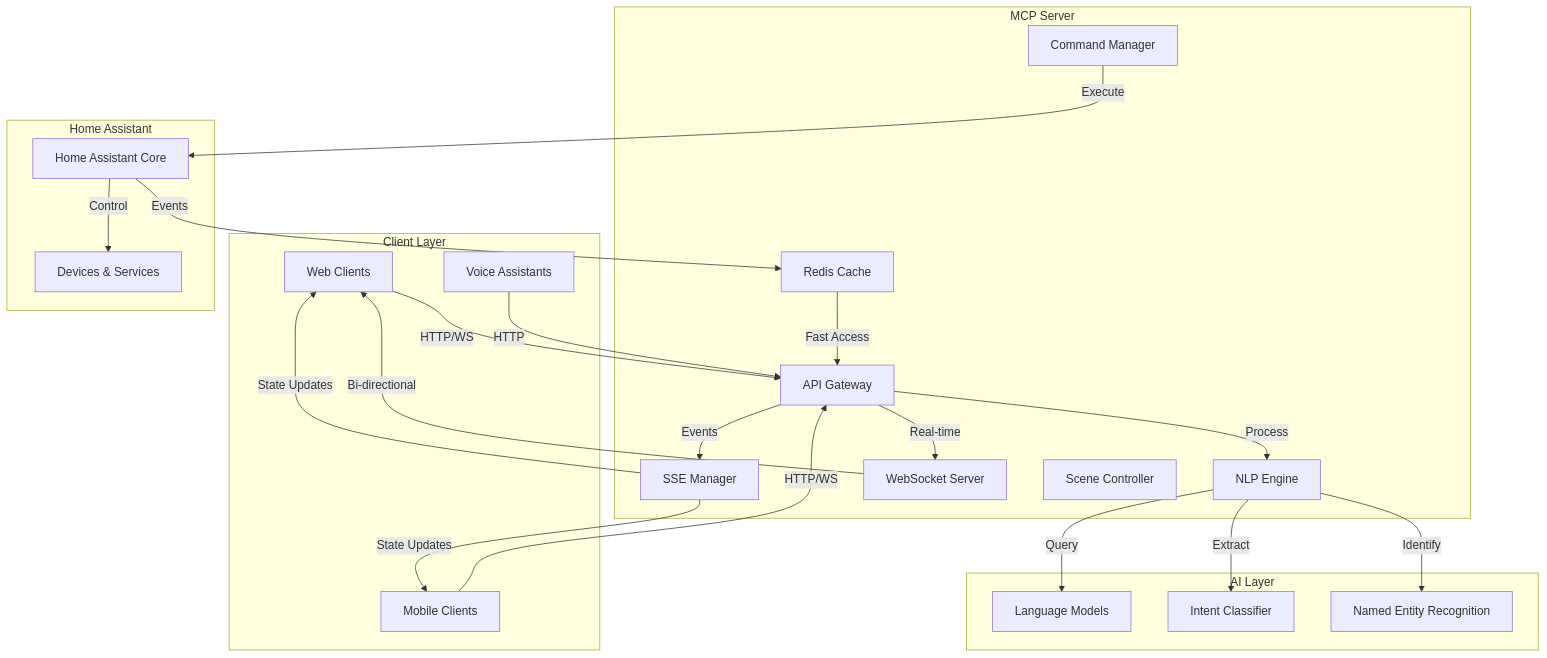
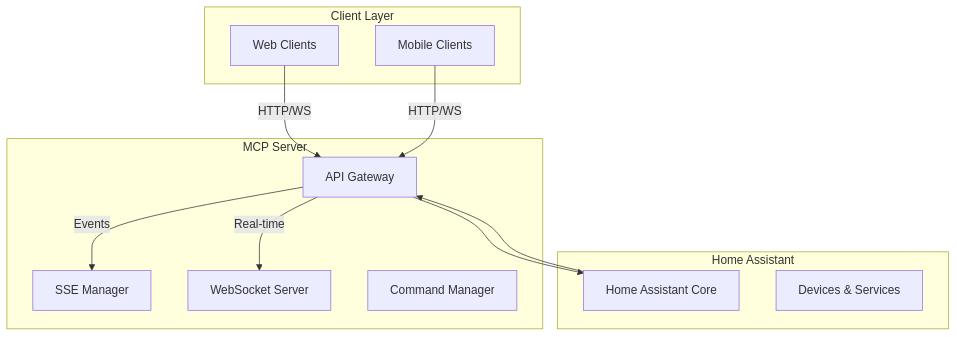
The diagram in docs/architecture.md (lpgn/advanced-homeassistant-mcp), drawn with Mermaid before and after one commit. The commit also changed other lines of this file and 9 other files, not shown here.

````diff
--- a/docs/architecture.md
+++ b/docs/architecture.md
@@ -13,51 +13,28 @@
 ```mermaid
 graph TD
     subgraph "Client Layer"
         WC[Web Clients]
         MC[Mobile Clients]
-        VC[Voice Assistants]
     end
 
     subgraph "MCP Server"
         API[API Gateway]
-        NLP[NLP Engine]
         SSE[SSE Manager]
         WS[WebSocket Server]
         CM[Command Manager]
-        SC[Scene Controller]
-        Cache[Redis Cache]
     end
 
     subgraph "Home Assistant"
         HA[Home Assistant Core]
         Dev[Devices & Services]
     end
 
-    subgraph "AI Layer"
-        LLM[Language Models]
-        IC[Intent Classifier]
-        NER[Named Entity Recognition]
-    end
-
     WC --> |HTTP/WS| API
     MC --> |HTTP/WS| API
-    VC --> |HTTP| API
     
     API --> |Events| SSE
     API --> |Real-time| WS
-    API --> |Process| NLP
     
-    NLP --> |Query| LLM
-    NLP --> |Extract| IC
-    NLP --> |Identify| NER
-    
-    CM --> |Execute| HA
-    HA --> |Control| Dev
-    
-    SSE --> |State Updates| WC
-    SSE --> |State Updates| MC
-    WS --> |Bi-directional| WC
-    
-    Cache --> |Fast Access| API
-    HA --> |Events| Cache
+    API --> HA
+    HA --> API
 ```
````
